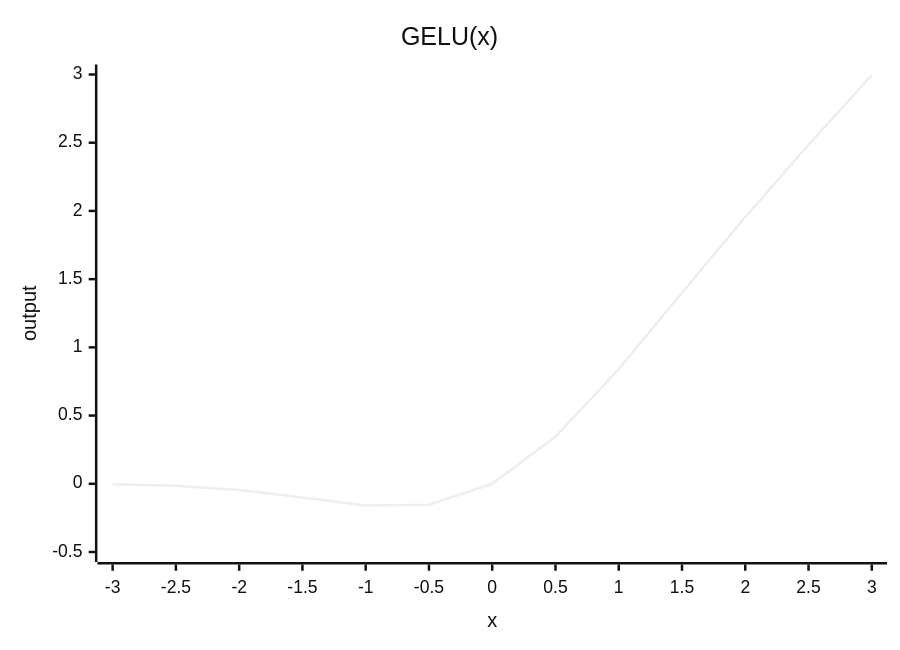
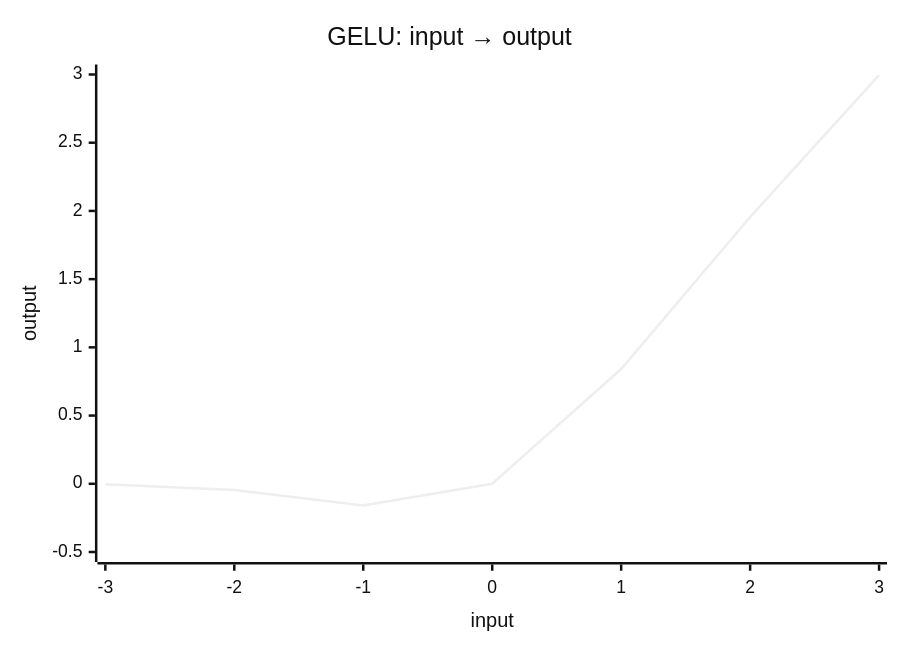
Before and after one commit to Ranjeet0611/tinygpt: the fourth of 15 diagrams in docs/05-gpt-model.md, drawn with Mermaid (neutral theme). The commit also changed other lines of this file and 9 other files, not shown here.

````diff
--- a/docs/05-gpt-model.md
+++ b/docs/05-gpt-model.md
@@ -80,7 +73,7 @@
 ```mermaid
 xychart-beta
-    title "GELU(x)"
-    x-axis "x" ["-3", "-2.5", "-2", "-1.5", "-1", "-0.5", "0", "0.5", "1", "1.5", "2", "2.5", "3"]
+    title "GELU: input → output"
+    x-axis "input" ["-3", "-2", "-1", "0", "1", "2", "3"]
     y-axis "output" -0.5 --> 3
-    line [-0.004, -0.015, -0.045, -0.100, -0.159, -0.154, 0, 0.346, 0.841, 1.400, 1.955, 2.485, 2.996]
+    line [-0.004, -0.045, -0.159, 0, 0.841, 1.955, 2.996]
 ```
````
